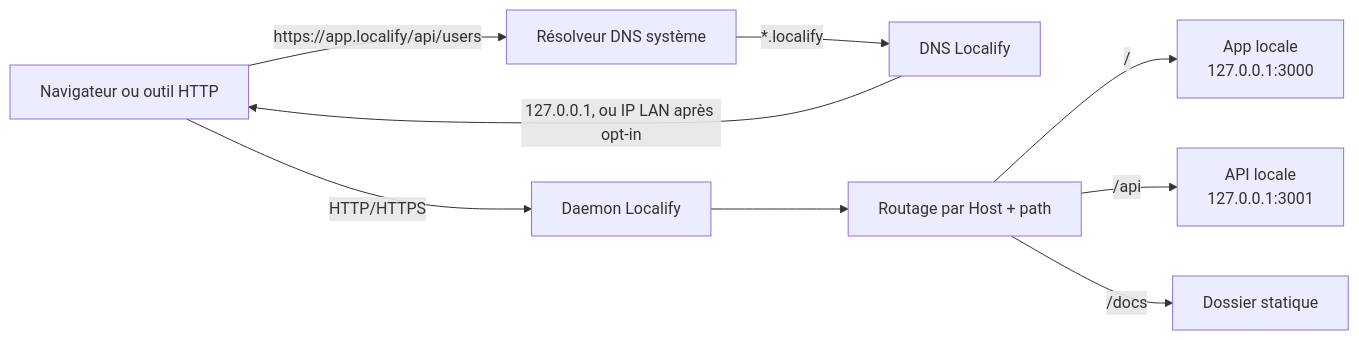
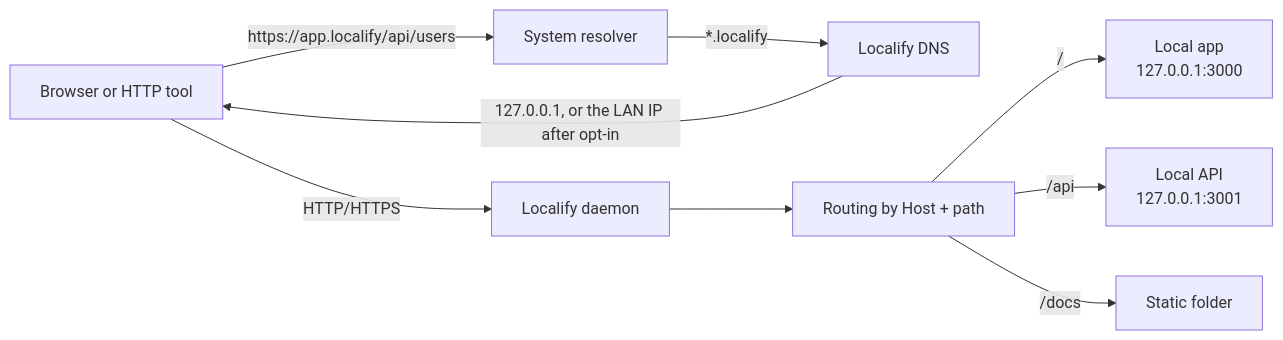
One commit to Synapsr/Localify changed the first of 7 diagrams in docs/localify-technical-overview.md. Above: the diagram before and after it, drawn with Mermaid. The commit also changed other lines of this file and 5 other files, not shown here.

````diff
--- a/docs/localify-technical-overview.md
+++ b/docs/localify-technical-overview.md
@@ -11,20 +18,20 @@
 ```mermaid
 flowchart LR
-  Browser["Navigateur ou outil HTTP"]
-  Resolver["Résolveur DNS système"]
-  Dns["DNS Localify"]
-  Daemon["Daemon Localify"]
-  Router["Routage par Host + path"]
-  App["App locale<br/>127.0.0.1:3000"]
-  Api["API locale<br/>127.0.0.1:3001"]
-  Static["Dossier statique"]
+  Browser["Browser or HTTP tool"]
+  Resolver["System resolver"]
+  Dns["Localify DNS"]
+  Daemon["Localify daemon"]
+  Router["Routing by Host + path"]
+  App["Local app<br/>127.0.0.1:3000"]
+  Api["Local API<br/>127.0.0.1:3001"]
+  Static["Static folder"]
 
   Browser -->|"https://app.localify/api/users"| Resolver
   Resolver -->|"*.localify"| Dns
-  Dns -->|"127.0.0.1, ou IP LAN après opt-in"| Browser
+  Dns -->|"127.0.0.1, or the LAN IP after opt-in"| Browser
   Browser -->|"HTTP/HTTPS"| Daemon
   Daemon --> Router
   Router -->|"/"| App
   Router -->|"/api"| Api
   Router -->|"/docs"| Static
 ```
````
